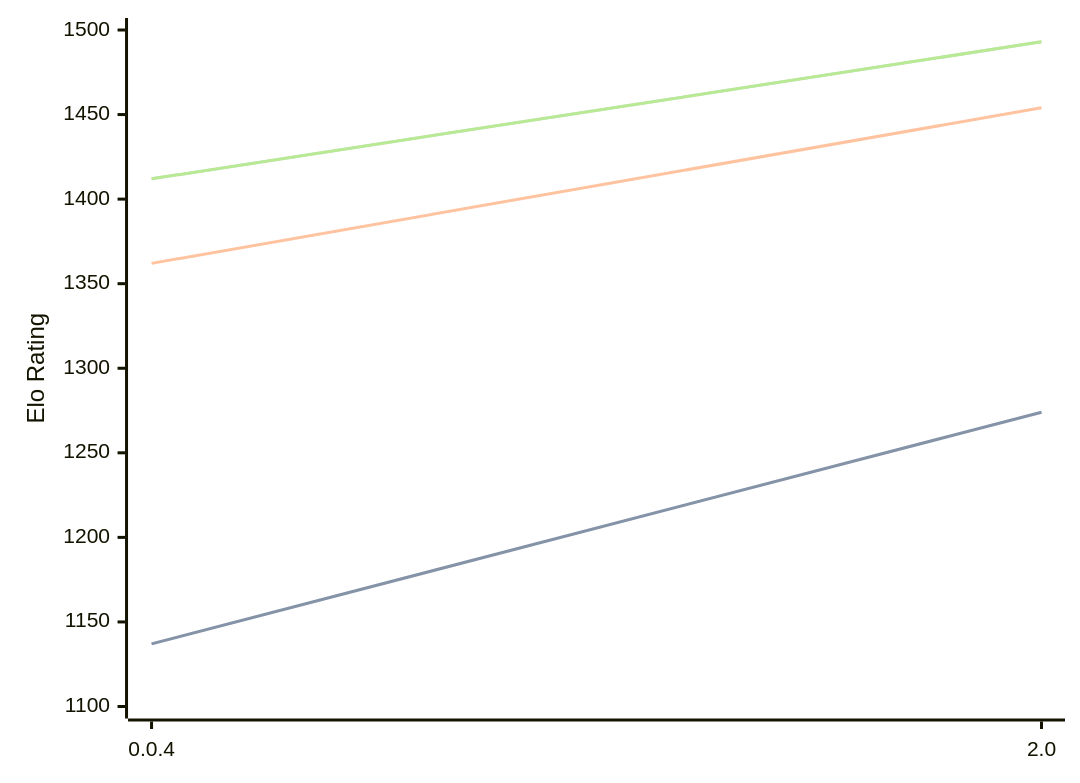
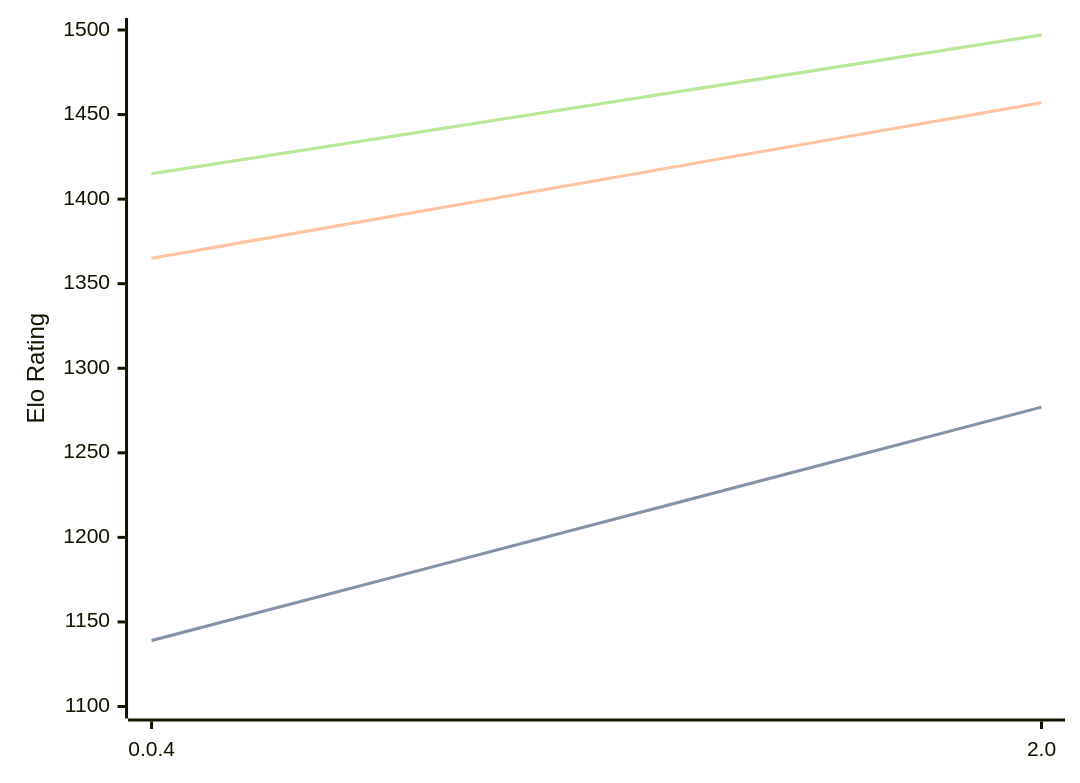
Before and after one commit to computer-chess-index/cci: the diagram in engines/Oops!Mate.md, drawn with Mermaid. The commit also changed other lines of this file, not shown here.

Commit message:
Update CCI Ratings (ELO VLTC) - 2026-09-24

````diff
--- a/engines/Oops!Mate.md
+++ b/engines/Oops!Mate.md
@@ -33,11 +33,11 @@
 ```mermaid
 %%{init: {"theme":"base","themeVariables":{"seriesColors:['#a3a3a3','#222221','#faa371']}}}%%
 xychart-beta
   x-axis ["0.0.4", "2.0"]
   y-axis "Elo Rating" 1100 --> 1500
-  line "" [1137, 1274]
-  line "STC (8.0+0.08s)" [1137, 1274]
-  line "LTC (60.0+0.60s)" [1362, 1454]
-  line "" [1412, 1493]
-  line "VLTC (2m24s+1.12s)" [1412, 1493]
+  line "" [1139, 1277]
+  line "STC (8.0+0.08s)" [1139, 1277]
+  line "LTC (60.0+0.60s)" [1365, 1457]
+  line "" [1415, 1497]
+  line "VLTC (2m24s+1.12s)" [1415, 1497]
 ```
````
